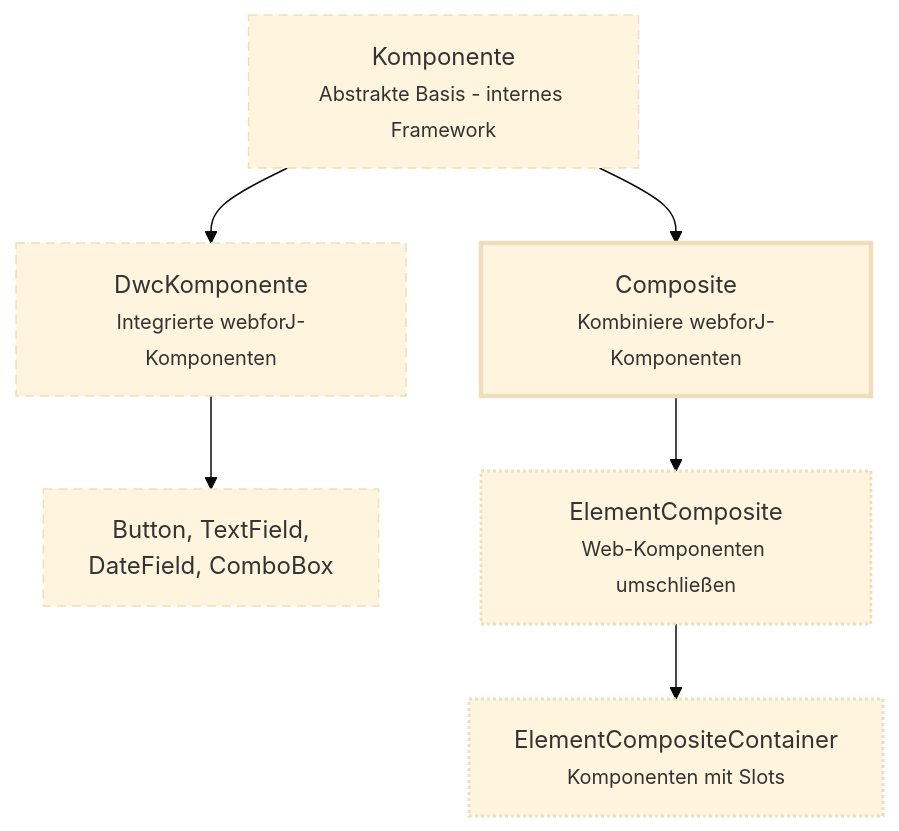
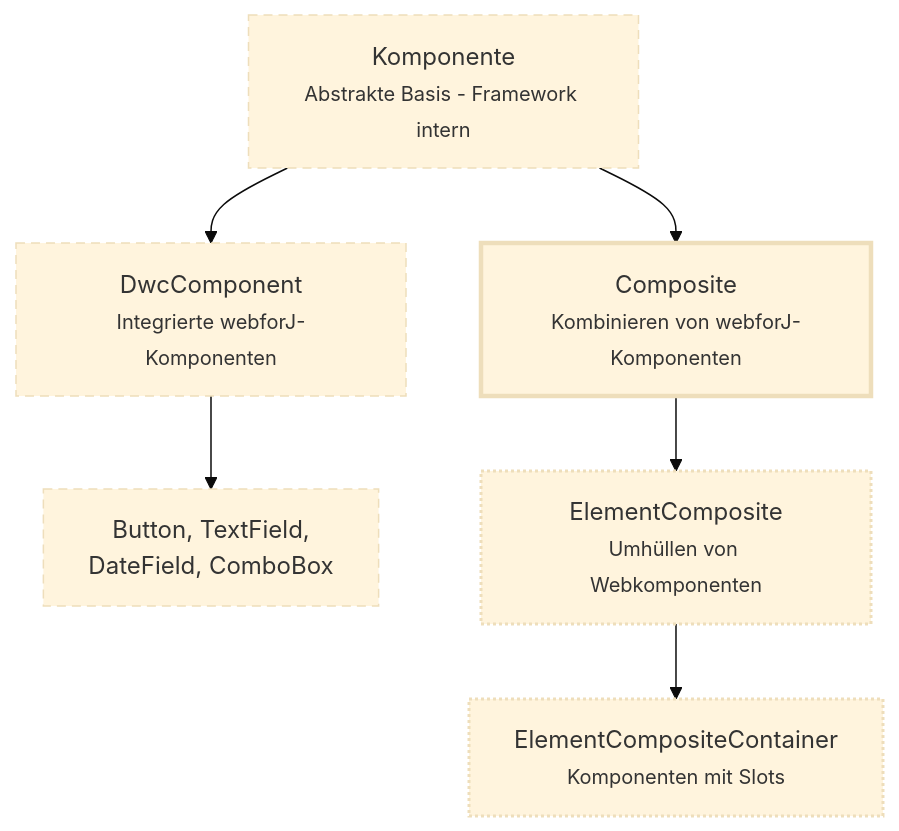
One commit to webforj/webforj-documentation changed the diagram in docs/i18n/de/docusaurus-plugin-content-docs/current/building-ui/component-fundamentals.md. Above: the diagram before and after it, drawn with Mermaid (base theme). The commit also changed other lines of this file and 23 other files, not shown here.

````diff
--- a/docs/i18n/de/docusaurus-plugin-content-docs/current/building-ui/component-fundamentals.md
+++ b/docs/i18n/de/docusaurus-plugin-content-docs/current/building-ui/component-fundamentals.md
@@ -52,19 +52,19 @@
 ```mermaid
 graph TD
-  A[Komponente<br/><small>Abstrakte Basis - internes Framework</small>]
+  A[Komponente<br/><small>Abstrakte Basis - Framework intern</small>]
   
-  A --> B[DwcKomponente<br/><small>Integrierte webforJ-Komponenten</small>]
-  A --> C[Composite<br/><small>Kombiniere webforJ-Komponenten</small>]
+  A --> B[DwcComponent<br/><small>Integrierte webforJ-Komponenten</small>]
+  A --> C[Composite<br/><small>Kombinieren von webforJ-Komponenten</small>]
   
   B --> E[Button, TextField,<br/>DateField, ComboBox]
   
-  C --> D[ElementComposite<br/><small>Web-Komponenten umschließen</small>]
+  C --> D[ElementComposite<br/><small>Umhüllen von Webkomponenten</small>]
   D --> F[ElementCompositeContainer<br/><small>Komponenten mit Slots</small>]
 
   classDef internal stroke-dasharray:6 4,stroke-width:1px
   classDef primary stroke-width:3px
   classDef secondary stroke-width:2px,stroke-dasharray:2 2
   class A,B,E internal
   class C primary
   class D,F secondary
 ```
````
